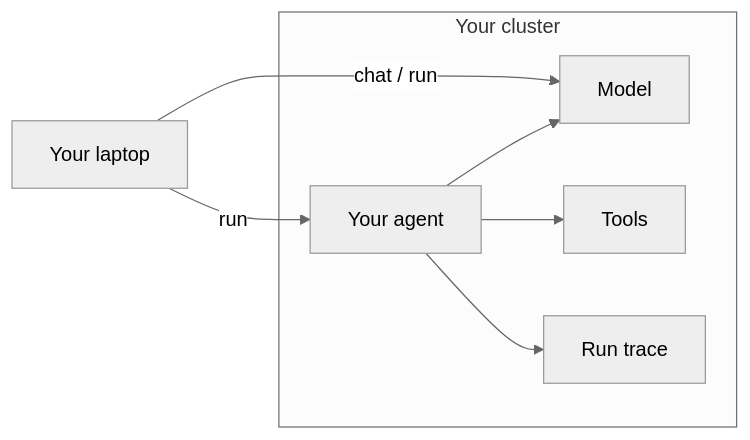
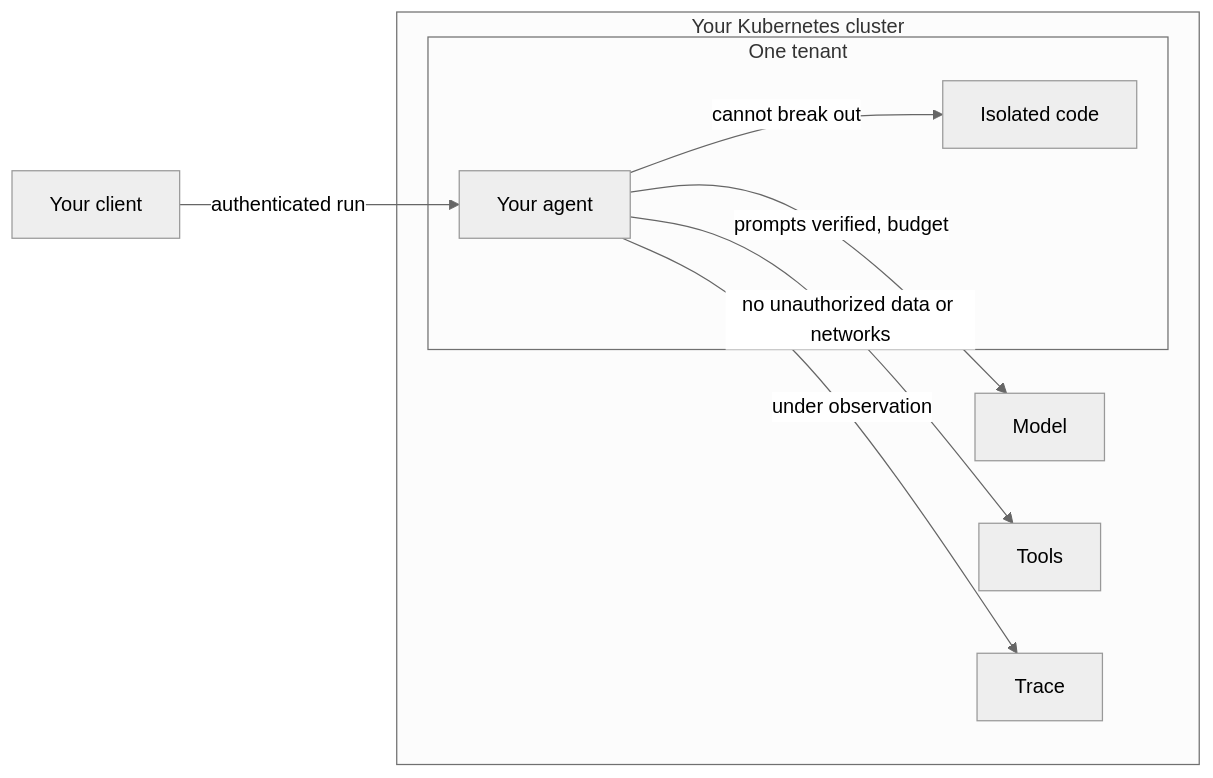
One commit to devopssquaddev/zelkor-platform changed the diagram in README.md. Above: the diagram before and after it, drawn with Mermaid. The commit also changed other lines of this file, not shown here.

Commit message:
docs(readme): show the sandbox around the agent
Replace the generic request-path postcard with a figure that names breakout, tenant scope, model and tool controls, and observation.

````diff
--- a/README.md
+++ b/README.md
@@ -34,19 +34,22 @@
 ```mermaid
 ---
 config:
   theme: neutral
 ---
 flowchart LR
-  laptop[Your laptop]
-  subgraph cluster [Your cluster]
+  client[Your client]
+  subgraph cluster [Your Kubernetes cluster]
+    subgraph tenant [One tenant]
+      agent[Your agent]
+      code[Isolated code]
+    end
     model[Model]
     tools[Tools]
-    agent[Your agent]
-    trace[Run trace]
+    trace[Trace]
   end
-  laptop -->|chat / run| model
-  laptop -->|run| agent
-  agent --> model
-  agent --> tools
-  agent --> trace
+  client -->|authenticated run| agent
+  agent -->|cannot break out| code
+  agent -->|prompts verified, budget| model
+  agent -->|no unauthorized data or networks| tools
+  agent -->|under observation| trace
 ```
````
